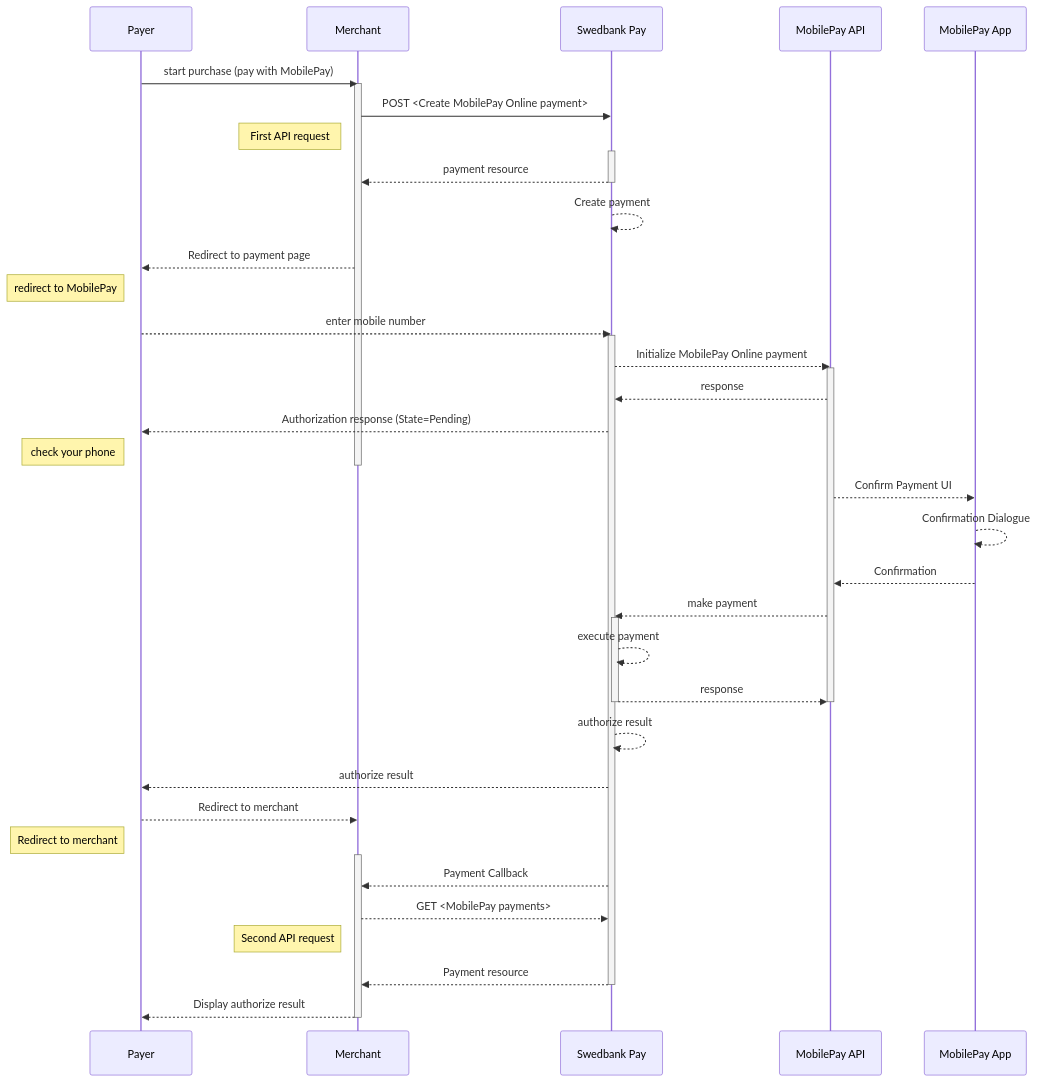
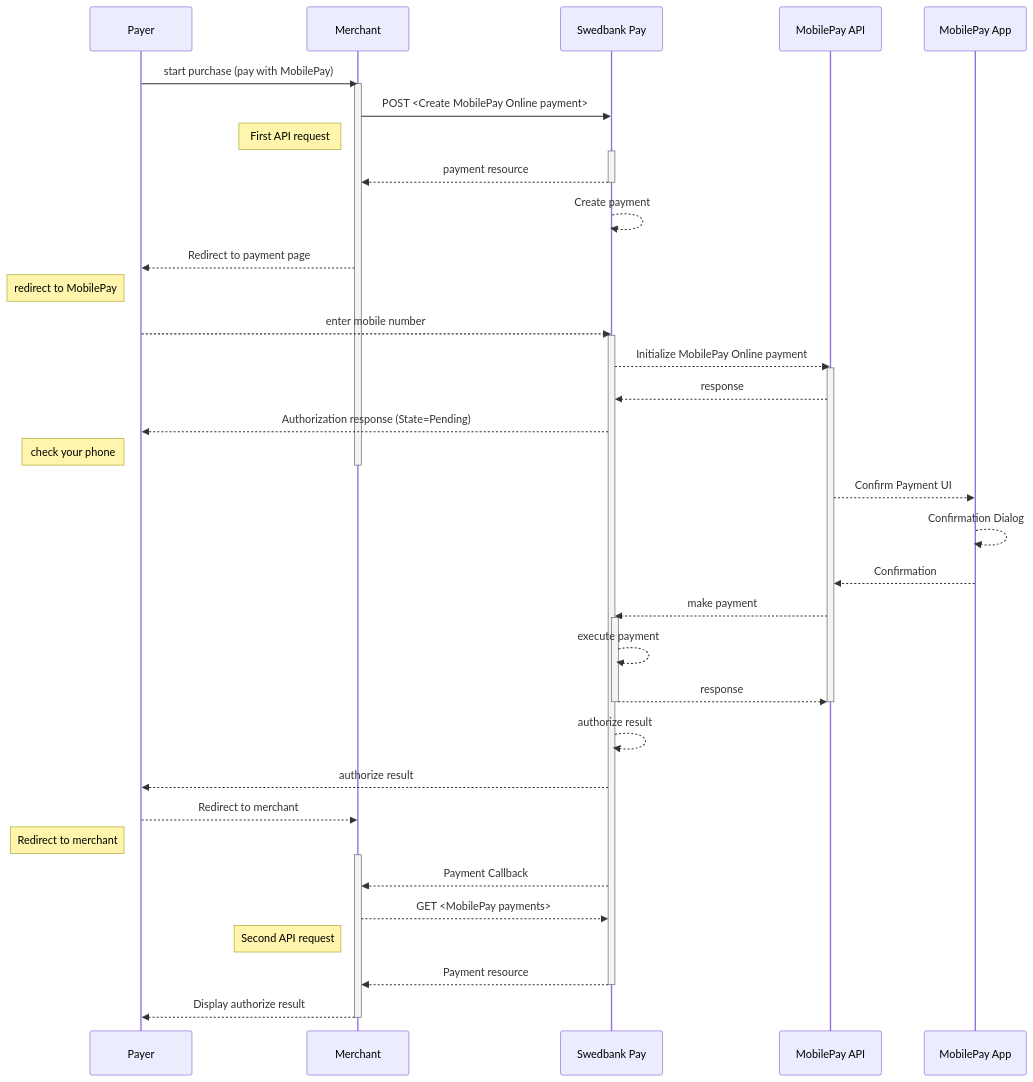
The diagram in payment-instruments/mobile-pay/redirect.md (SwedbankPay/developer.swedbankpay.com), drawn with Mermaid before and after one commit. The commit also changed 62 other files, not shown here.

````diff
--- a/payment-instruments/mobile-pay/redirect.md
+++ b/payment-instruments/mobile-pay/redirect.md
@@ -328,51 +328,51 @@
 ```mermaid
 sequenceDiagram
   participant Payer
   participant Merchant
   participant SwedbankPay as Swedbank Pay
   participant MobilePay_API as MobilePay API
   participant MobilePay_App as MobilePay App
 
   Payer->>Merchant: start purchase (pay with MobilePay)
   activate Merchant
 
   Merchant->>SwedbankPay: POST <Create MobilePay Online payment>
   note left of Merchant: First API request
   activate SwedbankPay
   SwedbankPay-->>Merchant: payment resource
   deactivate SwedbankPay
   SwedbankPay -->> SwedbankPay: Create payment
   Merchant-->>Payer: Redirect to payment page
   note left of Payer: redirect to MobilePay
   Payer-->>SwedbankPay: enter mobile number
   activate SwedbankPay
 
   SwedbankPay-->>MobilePay_API: Initialize MobilePay Online payment
   activate MobilePay_API
   MobilePay_API-->>SwedbankPay: response
   SwedbankPay-->>Payer: Authorization response (State=Pending)
   note left of Payer: check your phone
   deactivate Merchant
 
   MobilePay_API-->>MobilePay_App: Confirm Payment UI
-  MobilePay_App-->>MobilePay_App: Confirmation Dialogue
+  MobilePay_App-->>MobilePay_App: Confirmation Dialog
   MobilePay_App-->>MobilePay_API: Confirmation
   MobilePay_API-->>SwedbankPay: make payment
   activate SwedbankPay
   SwedbankPay-->>SwedbankPay: execute payment
   SwedbankPay-->>MobilePay_API: response
   deactivate SwedbankPay
   deactivate MobilePay_API
   SwedbankPay-->>SwedbankPay: authorize result
   SwedbankPay-->>Payer: authorize result
   Payer-->>Merchant: Redirect to merchant
   note left of Payer: Redirect to merchant
   activate Merchant
   SwedbankPay-->>Merchant: Payment Callback
   Merchant-->>SwedbankPay: GET <MobilePay payments>
   note left of Merchant: Second API request
   SwedbankPay-->>Merchant: Payment resource
   deactivate SwedbankPay
   Merchant-->>Payer: Display authorize result
   deactivate Merchant
 ```
````
